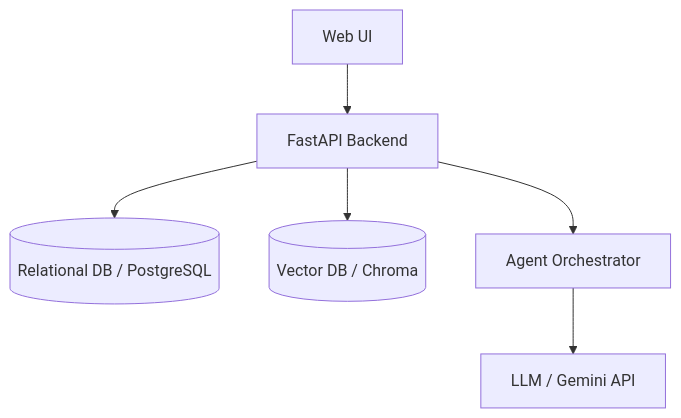
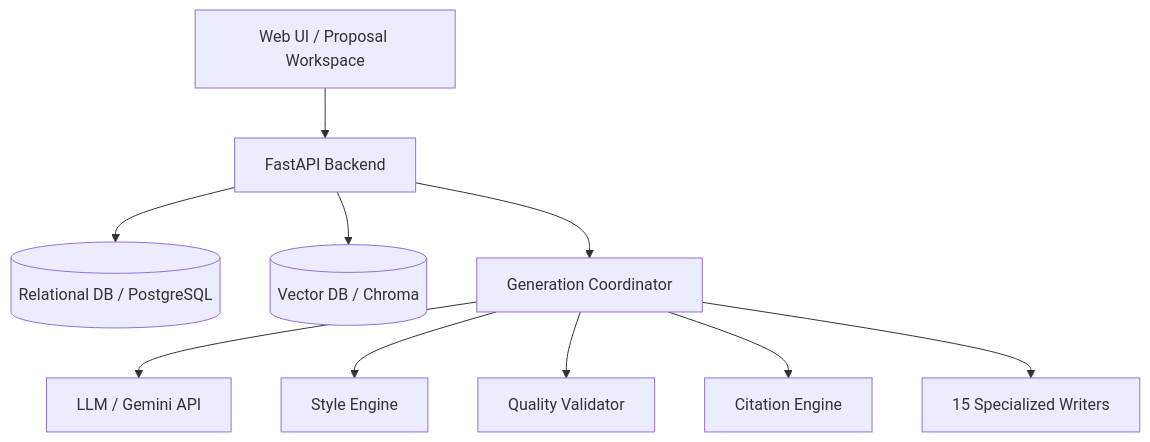
One commit to AhmedIbrahim464503/Auto-Generate-RFP-Proposal-Responses-using-Agentic-and-Generative-AI changed the diagram in docs/04_SYSTEM_ARCHITECTURE.md. Above: the diagram before and after it, drawn with Mermaid. The commit also changed other lines of this file and 15 other files, not shown here.

````diff
--- a/docs/04_SYSTEM_ARCHITECTURE.md
+++ b/docs/04_SYSTEM_ARCHITECTURE.md
@@ -16,8 +22,12 @@
 ```mermaid
 graph TD
-    UI[Web UI] --> API[FastAPI Backend]
+    UI[Web UI / Proposal Workspace] --> API[FastAPI Backend]
     API --> DB[(Relational DB / PostgreSQL)]
     API --> VectorDB[(Vector DB / Chroma)]
-    API --> Orchestrator[Agent Orchestrator]
-    Orchestrator --> LLM[LLM / Gemini API]
+    API --> Coordinator[Generation Coordinator]
+    Coordinator --> LLM[LLM / Gemini API]
+    Coordinator --> StyleEngine[Style Engine]
+    Coordinator --> QualityValidator[Quality Validator]
+    Coordinator --> CitationEngine[Citation Engine]
+    Coordinator --> Writers[15 Specialized Writers]
 ```
````
